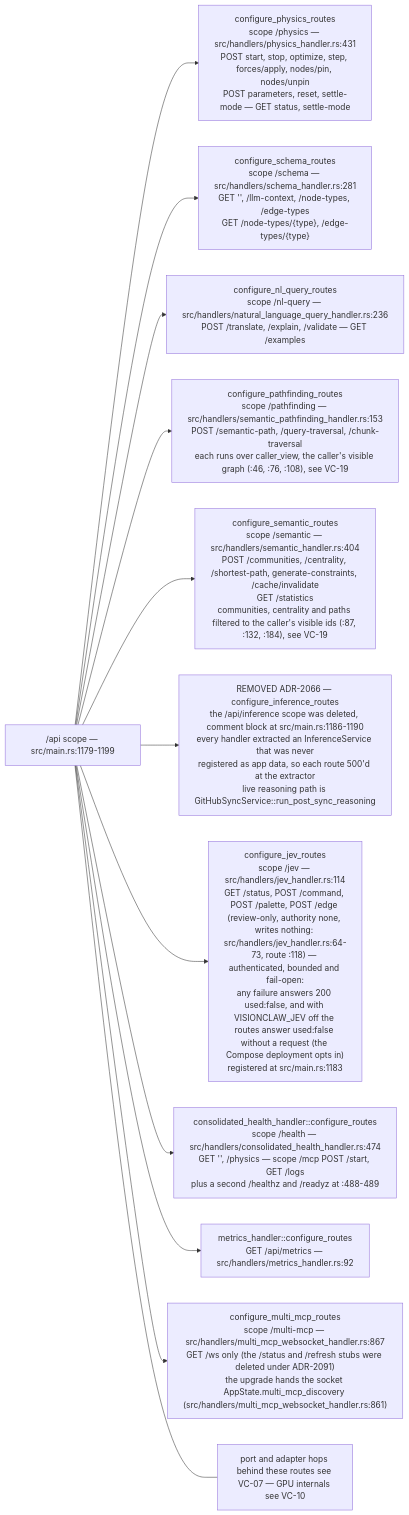
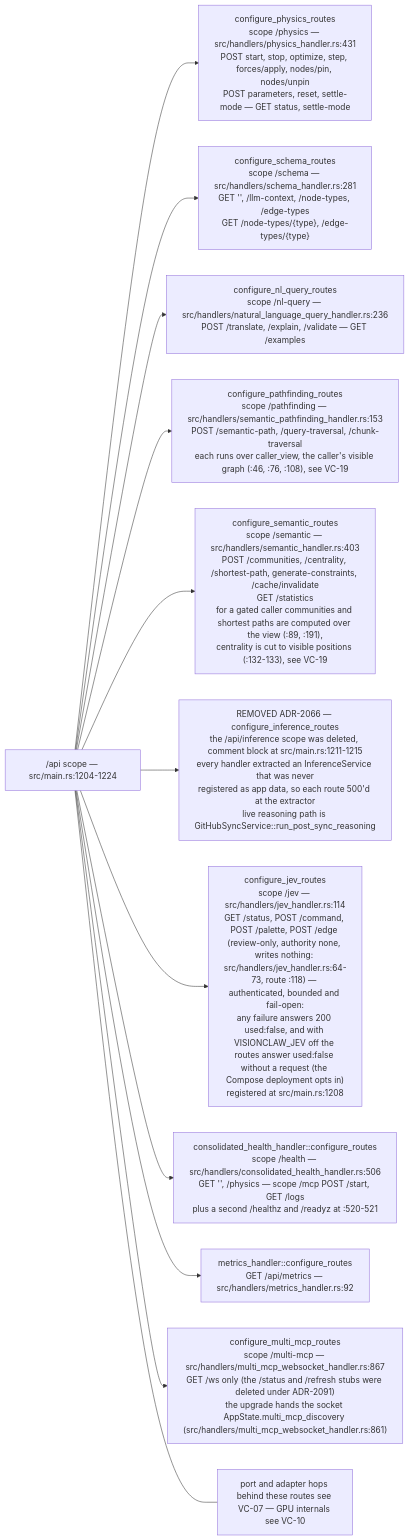
The tenth of 13 diagrams in docs/diagrams/visionclaw/01-boot-and-app-state.md (DreamLab-AI/VisionFlow), drawn with Mermaid before and after one commit. The commit also changed other lines of this file and 46 other files, not shown here.

Commit message:
docs(diagrams): re-verify VisionClaw topics at 809a859aa/a950f4d80 after the consolidation pass

````diff
--- a/docs/diagrams/visionclaw/01-boot-and-app-state.md
+++ b/docs/diagrams/visionclaw/01-boot-and-app-state.md
@@ -442,16 +441,16 @@
 ```mermaid
 flowchart LR
-    S["/api scope — src/main.rs:1179-1199"]
+    S["/api scope — src/main.rs:1204-1224"]
     S --> P["configure_physics_routes<br/>scope /physics — src/handlers/physics_handler.rs:431<br/>POST start, stop, optimize, step, forces/apply, nodes/pin, nodes/unpin<br/>POST parameters, reset, settle-mode — GET status, settle-mode"]
     S --> SC["configure_schema_routes<br/>scope /schema — src/handlers/schema_handler.rs:281<br/>GET '', /llm-context, /node-types, /edge-types<br/>GET /node-types/{type}, /edge-types/{type}"]
     S --> NL["configure_nl_query_routes<br/>scope /nl-query — src/handlers/natural_language_query_handler.rs:236<br/>POST /translate, /explain, /validate — GET /examples"]
     S --> PF["configure_pathfinding_routes<br/>scope /pathfinding — src/handlers/semantic_pathfinding_handler.rs:153<br/>POST /semantic-path, /query-traversal, /chunk-traversal<br/>each runs over caller_view, the caller's visible graph (:46, :76, :108), see VC-19"]
-    S --> SM["configure_semantic_routes<br/>scope /semantic — src/handlers/semantic_handler.rs:404<br/>POST /communities, /centrality, /shortest-path, generate-constraints, /cache/invalidate<br/>GET /statistics<br/>communities, centrality and paths filtered to the caller's visible ids (:87, :132, :184), see VC-19"]
-    S --> IN["REMOVED ADR-2066 — configure_inference_routes<br/>the /api/inference scope was deleted, comment block at src/main.rs:1186-1190<br/>every handler extracted an InferenceService that was never<br/>registered as app data, so each route 500'd at the extractor<br/>live reasoning path is GitHubSyncService::run_post_sync_reasoning"]
-    S --> JV["configure_jev_routes<br/>scope /jev — src/handlers/jev_handler.rs:114<br/>GET /status, POST /command, POST /palette, POST /edge (review-only, authority none, writes nothing: src/handlers/jev_handler.rs:64-73, route :118) — authenticated, bounded and fail-open:<br/>any failure answers 200 used:false, and with VISIONCLAW_JEV off the routes answer used:false without a request (the Compose deployment opts in)<br/>registered at src/main.rs:1183"]
-    S --> HE["consolidated_health_handler::configure_routes<br/>scope /health — src/handlers/consolidated_health_handler.rs:474<br/>GET '', /physics — scope /mcp POST /start, GET /logs<br/>plus a second /healthz and /readyz at :488-489"]
+    S --> SM["configure_semantic_routes<br/>scope /semantic — src/handlers/semantic_handler.rs:403<br/>POST /communities, /centrality, /shortest-path, generate-constraints, /cache/invalidate<br/>GET /statistics<br/>for a gated caller communities and shortest paths are computed over the view (:89, :191),<br/>centrality is cut to visible positions (:132-133), see VC-19"]
+    S --> IN["REMOVED ADR-2066 — configure_inference_routes<br/>the /api/inference scope was deleted, comment block at src/main.rs:1211-1215<br/>every handler extracted an InferenceService that was never<br/>registered as app data, so each route 500'd at the extractor<br/>live reasoning path is GitHubSyncService::run_post_sync_reasoning"]
+    S --> JV["configure_jev_routes<br/>scope /jev — src/handlers/jev_handler.rs:114<br/>GET /status, POST /command, POST /palette, POST /edge (review-only, authority none, writes nothing: src/handlers/jev_handler.rs:64-73, route :118) — authenticated, bounded and fail-open:<br/>any failure answers 200 used:false, and with VISIONCLAW_JEV off the routes answer used:false without a request (the Compose deployment opts in)<br/>registered at src/main.rs:1208"]
+    S --> HE["consolidated_health_handler::configure_routes<br/>scope /health — src/handlers/consolidated_health_handler.rs:506<br/>GET '', /physics — scope /mcp POST /start, GET /logs<br/>plus a second /healthz and /readyz at :520-521"]
     S --> ME["metrics_handler::configure_routes<br/>GET /api/metrics — src/handlers/metrics_handler.rs:92"]
     S --> MM["configure_multi_mcp_routes<br/>scope /multi-mcp — src/handlers/multi_mcp_websocket_handler.rs:867<br/>GET /ws only (the /status and /refresh stubs were deleted under ADR-2091)<br/>the upgrade hands the socket AppState.multi_mcp_discovery (src/handlers/multi_mcp_websocket_handler.rs:861)"]
     N["port and adapter hops behind these routes see VC-07 — GPU internals see VC-10"]
     S --- N
 ```
````
